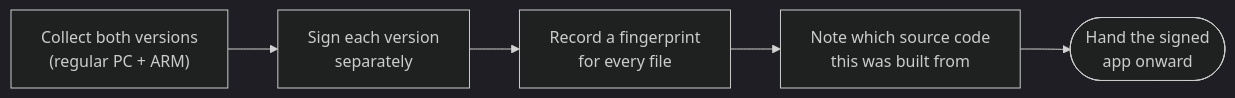
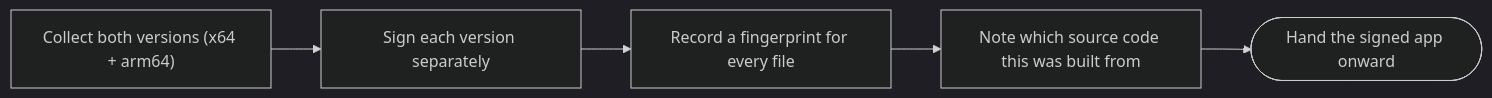
One commit to tanzim2000/fluentflyout-unofficial changed the third of 8 diagrams in docs/FluentFlyout Unofficial Publication Script Pipeline Flowchart.md. Above: the diagram before and after it, drawn with Mermaid (dark theme). The commit also changed other lines of this file, not shown here.

````diff
--- a/docs/FluentFlyout Unofficial Publication Script Pipeline Flowchart.md
+++ b/docs/FluentFlyout Unofficial Publication Script Pipeline Flowchart.md
@@ -41,7 +40,7 @@
 ```mermaid
 flowchart LR
-    A["Collect both versions<br/>(regular PC + ARM)"] --> B["Sign each version<br/>separately"]
-    B --> C["Record a fingerprint<br/>for every file"]
-    C --> D["Note which source code<br/>this was built from"]
-    D --> E(["Hand the signed<br/>app onward"])
+    A["Collect both versions (x64 + arm64)"] --> B["Sign each version separately"]
+    B --> C["Record a fingerprint for every file"]
+    C --> D["Note which source code this was built from"]
+    D --> E(["Hand the signed app onward"])
 ```
````
